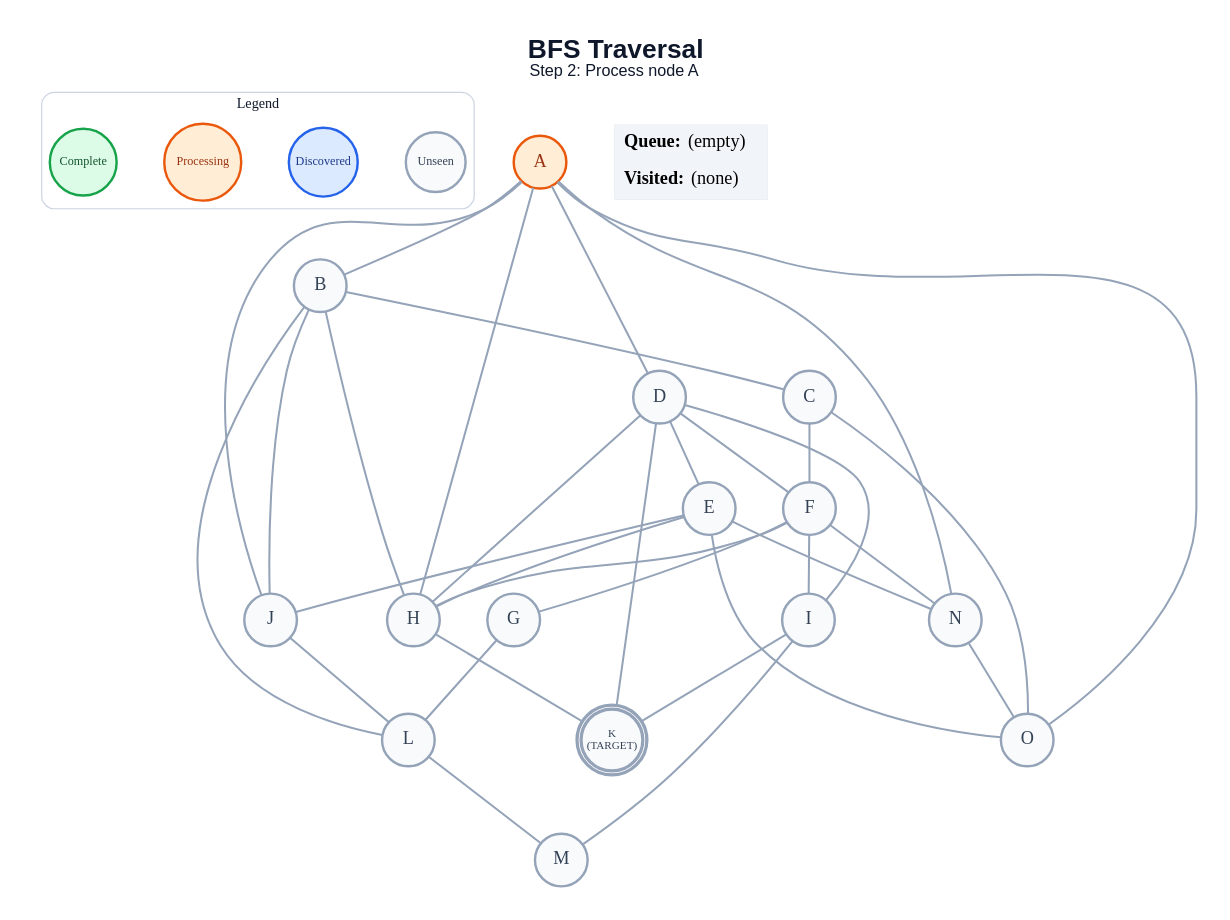
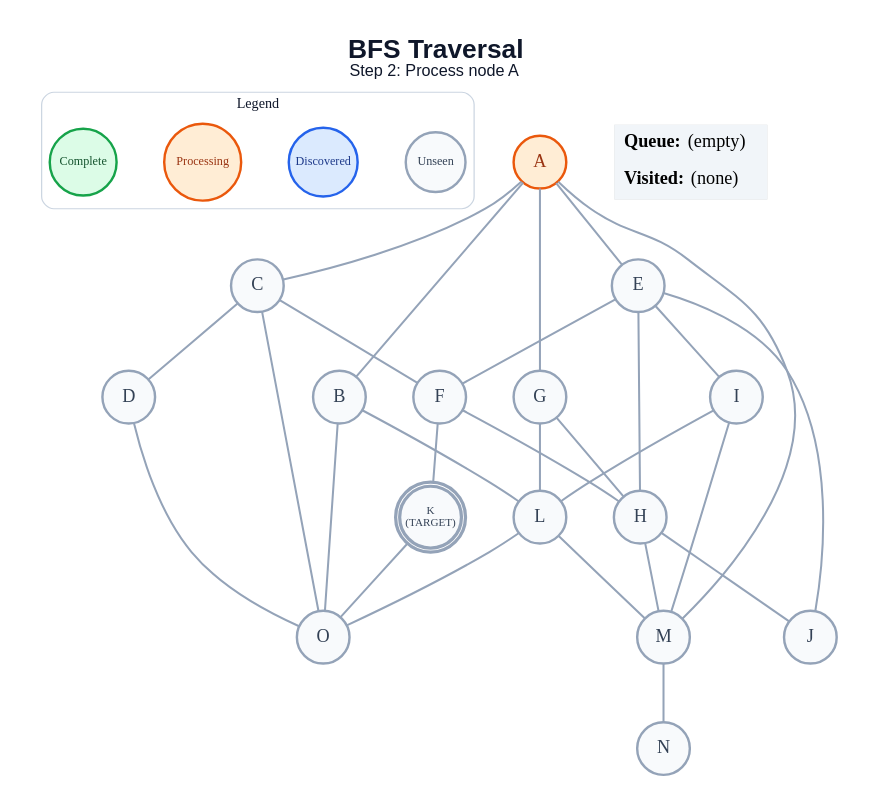
The diagram in generated/bfs/step_02.dot (anon7238593-create/ai-slop), drawn with Graphviz before and after one commit. The commit also changed 263 other files, not shown here.

```diff
--- a/generated/bfs/step_02.dot
+++ b/generated/bfs/step_02.dot
@@ -1,66 +1,61 @@
 graph traversal {
   graph [layout=dot, rankdir=TB, bgcolor="#FFFFFF", pad="0.35", nodesep="0.65", ranksep="0.8", fontname="Arial"];
   node [shape=circle, style="filled", fontname="Arial Bold", fontsize=18, width=0.72, fixedsize=true, penwidth=2.4];
   edge [color="#94A3B8", penwidth=2.0];
   label=<<B>BFS Traversal</B><BR/><FONT POINT-SIZE="16">Step 2: Process node A</FONT>>; labelloc="t"; fontsize=26; fontname="Arial"; fontcolor="#0F172A";
   subgraph cluster_legend { label="Legend"; color="#CBD5E1"; penwidth=1.2; style="rounded"; fontsize=14; fontname="Arial Bold";
     key_unseen [label="Unseen", fillcolor="#F8FAFC", color="#94A3B8", fontcolor="#334155", fontsize=12, width=0.82];
     key_frontier [label="Discovered", fillcolor="#DBEAFE", color="#2563EB", fontcolor="#1E3A8A", fontsize=12, width=0.95];
     key_current [label="Processing", fillcolor="#FFEDD5", color="#EA580C", fontcolor="#9A3412", fontsize=12, width=1.05];
     key_done [label="Complete", fillcolor="#DCFCE7", color="#16A34A", fontcolor="#14532D", fontsize=12, width=0.92];
     { rank=same; key_unseen; key_frontier; key_current; key_done; }
   }
   A [label="A", fillcolor="#FFEDD5", color="#EA580C", fontcolor="#9A3412", peripheries=1, penwidth=2.4];
   B [label="B", fillcolor="#F8FAFC", color="#94A3B8", fontcolor="#334155", peripheries=1, penwidth=2.4];
   C [label="C", fillcolor="#F8FAFC", color="#94A3B8", fontcolor="#334155", peripheries=1, penwidth=2.4];
   D [label="D", fillcolor="#F8FAFC", color="#94A3B8", fontcolor="#334155", peripheries=1, penwidth=2.4];
   E [label="E", fillcolor="#F8FAFC", color="#94A3B8", fontcolor="#334155", peripheries=1, penwidth=2.4];
   F [label="F", fillcolor="#F8FAFC", color="#94A3B8", fontcolor="#334155", peripheries=1, penwidth=2.4];
   G [label="G", fillcolor="#F8FAFC", color="#94A3B8", fontcolor="#334155", peripheries=1, penwidth=2.4];
   H [label="H", fillcolor="#F8FAFC", color="#94A3B8", fontcolor="#334155", peripheries=1, penwidth=2.4];
   I [label="I", fillcolor="#F8FAFC", color="#94A3B8", fontcolor="#334155", peripheries=1, penwidth=2.4];
   J [label="J", fillcolor="#F8FAFC", color="#94A3B8", fontcolor="#334155", peripheries=1, penwidth=2.4];
   K [label="K\n(TARGET)", fillcolor="#F8FAFC", color="#94A3B8", fontcolor="#334155", peripheries=2, penwidth=3.2, fontsize=11, width=0.85, height=0.85];
   L [label="L", fillcolor="#F8FAFC", color="#94A3B8", fontcolor="#334155", peripheries=1, penwidth=2.4];
   M [label="M", fillcolor="#F8FAFC", color="#94A3B8", fontcolor="#334155", peripheries=1, penwidth=2.4];
   N [label="N", fillcolor="#F8FAFC", color="#94A3B8", fontcolor="#334155", peripheries=1, penwidth=2.4];
   O [label="O", fillcolor="#F8FAFC", color="#94A3B8", fontcolor="#334155", peripheries=1, penwidth=2.4];
   A -- B;
-  A -- D;
-  A -- H;
-  A -- J;
-  A -- N;
-  A -- O;
-  B -- C;
-  B -- H;
-  B -- J;
+  A -- C;
+  A -- E;
+  A -- G;
+  A -- M;
   B -- L;
+  B -- O;
+  C -- D;
   C -- F;
   C -- O;
-  D -- E;
-  D -- F;
-  D -- H;
-  D -- I;
-  D -- K;
+  D -- O;
+  E -- F;
   E -- H;
+  E -- I;
   E -- J;
-  E -- N;
-  E -- O;
-  F -- G;
   F -- H;
-  F -- I;
-  F -- N;
+  F -- K;
+  G -- H;
   G -- L;
-  H -- K;
-  I -- K;
+  H -- J;
+  H -- M;
+  I -- L;
   I -- M;
-  J -- L;
+  K -- O;
   L -- M;
-  N -- O;
+  L -- O;
+  M -- N;
   status [shape=plain, fixedsize=false, width=0, height=0, margin=0, label=<
     <TABLE BORDER="0" CELLBORDER="0" CELLPADDING="7" BGCOLOR="#F1F5F9">
       <TR><TD ALIGN="LEFT"><B>Queue:</B> (empty)</TD></TR>
       <TR><TD ALIGN="LEFT"><B>Visited:</B> (none)</TD></TR>
     </TABLE>
   >];
 }
```
